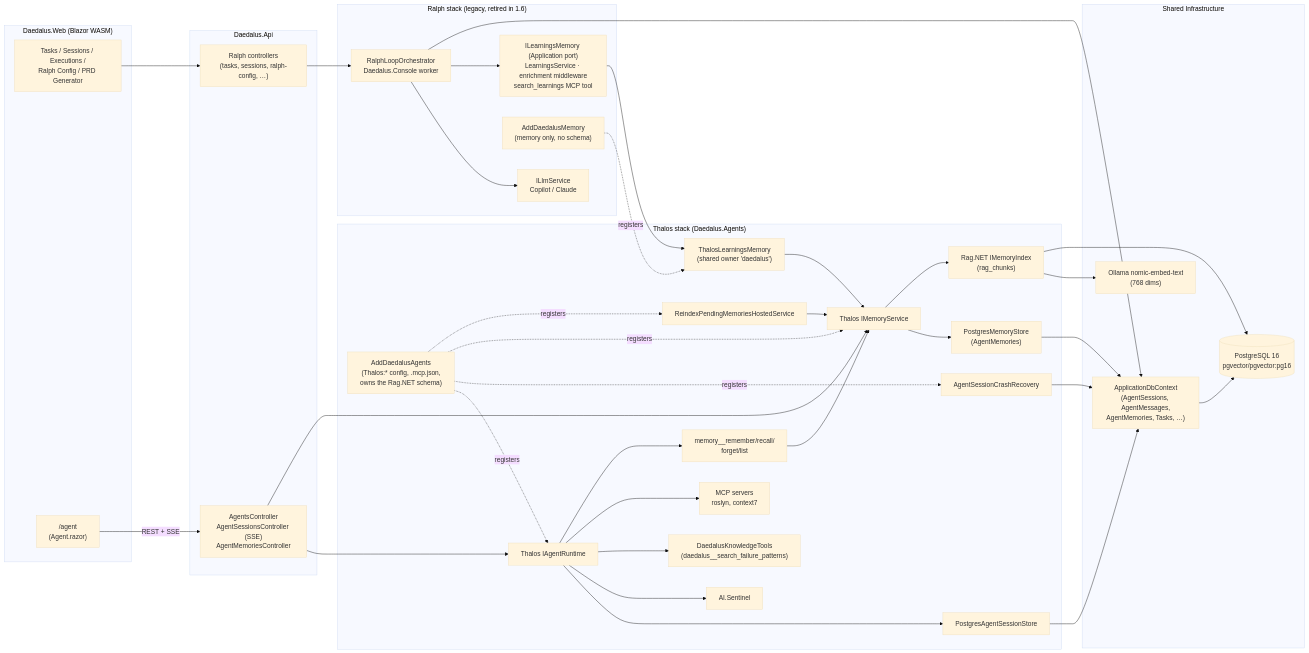
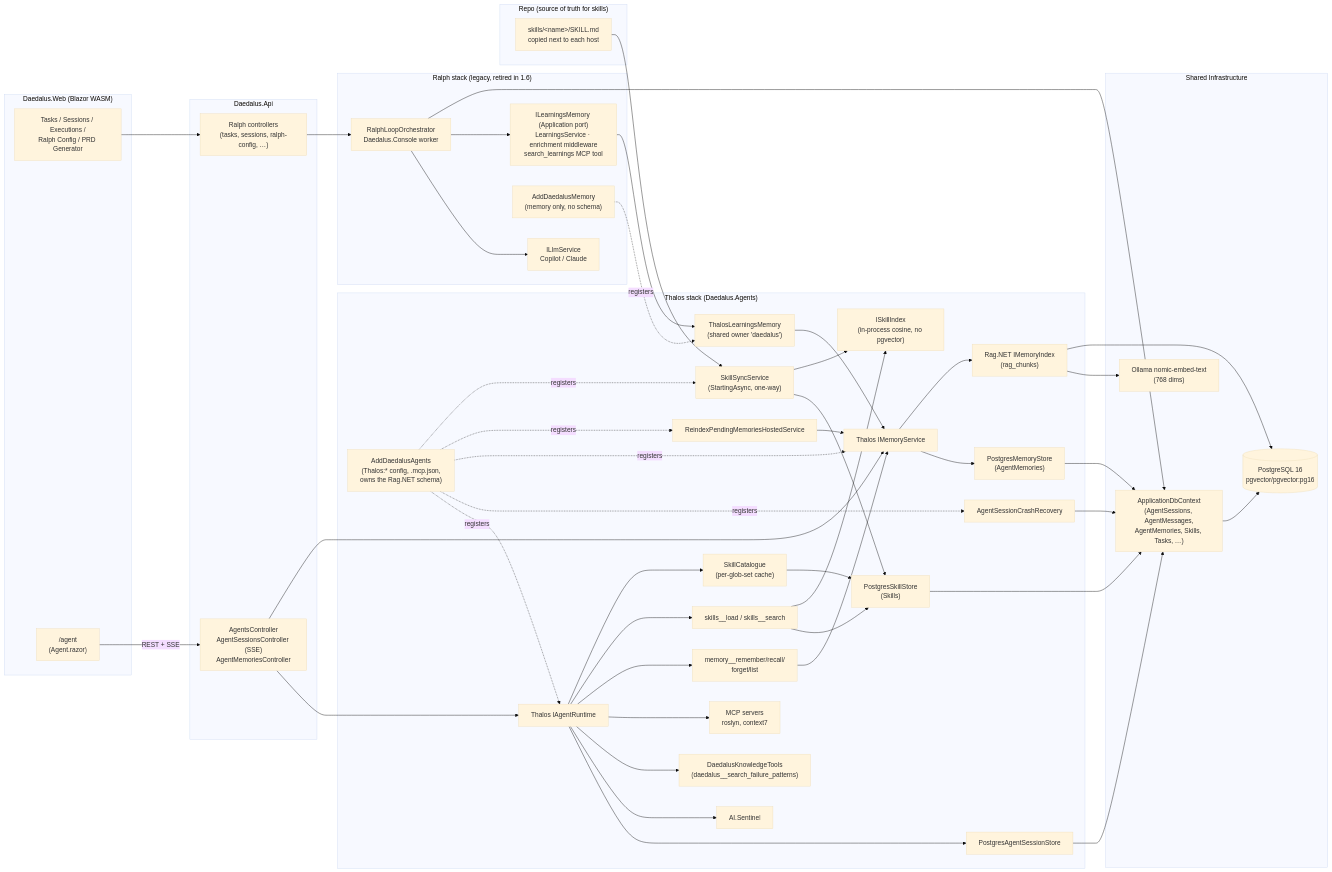
Diagram 18 of 18 in docs/architecture-diagrams.md (MarcelRoozekrans/Daedalus.NET), drawn with Mermaid (base theme) before and after one commit. The commit also changed other lines of this file, not shown here.

First line of the commit message:
docs(skills): diagram the catalogue, the load tool and the startup sync

```diff
--- a/docs/architecture-diagrams.md
+++ b/docs/architecture-diagrams.md
@@ -1167,18 +1200,27 @@
         SessionStore["PostgresAgentSessionStore"]
         Knowledge["DaedalusKnowledgeTools<br/>(daedalus__search_failure_patterns)"]
         MemTools["memory__remember/recall/<br/>forget/list"]
+        SklTools["skills__load / skills__search"]
         Recovery["AgentSessionCrashRecovery"]
         SentinelBox["AI.Sentinel"]
         Mcp["MCP servers<br/>roslyn, context7"]
         MemSvc["Thalos IMemoryService"]
         MemStore2["PostgresMemoryStore<br/>(AgentMemories)"]
         MemIndex["Rag.NET IMemoryIndex<br/>(rag_chunks)"]
+        SkillSync["SkillSyncService<br/>(StartingAsync, one-way)"]
+        SkillCat["SkillCatalogue<br/>(per-glob-set cache)"]
+        SkillStore2["PostgresSkillStore<br/>(Skills)"]
+        SkillIdx["ISkillIndex<br/>(in-process cosine, no pgvector)"]
         Adapter["ThalosLearningsMemory<br/>(shared owner 'daedalus')"]
         Reindex["ReindexPendingMemoriesHostedService"]
     end
 
+    subgraph "Repo (source of truth for skills)"
+        SkillFiles["skills/&lt;name&gt;/SKILL.md<br/>copied next to each host"]
+    end
+
     subgraph "Shared Infrastructure"
-        DbCtx["ApplicationDbContext<br/>(AgentSessions, AgentMessages,<br/>AgentMemories, Tasks, …)"]
+        DbCtx["ApplicationDbContext<br/>(AgentSessions, AgentMessages,<br/>AgentMemories, Skills, Tasks, …)"]
         Ollama["Ollama nomic-embed-text<br/>(768 dims)"]
         PG[("PostgreSQL 16<br/>pgvector/pgvector:pg16")]
     end
@@ -1196,12 +1238,21 @@
     Composition -.registers.-> Recovery
     Composition -.registers.-> MemSvc
     Composition -.registers.-> Reindex
+    Composition -.registers.-> SkillSync
     Runtime --> SessionStore
     Runtime --> SentinelBox
     Runtime --> Knowledge
     Runtime --> Mcp
     Runtime --> MemTools
+    Runtime --> SklTools
+    Runtime --> SkillCat
     MemTools --> MemSvc
+    SklTools --> SkillStore2
+    SklTools --> SkillIdx
+    SkillCat --> SkillStore2
+    SkillFiles --> SkillSync
+    SkillSync --> SkillStore2
+    SkillSync --> SkillIdx
     Adapter --> MemSvc
     MemSvc --> MemStore2
     MemSvc --> MemIndex
@@ -1210,6 +1261,7 @@
     MemIndex --> PG
     SessionStore --> DbCtx
     MemStore2 --> DbCtx
+    SkillStore2 --> DbCtx
     Recovery --> DbCtx
     Ralph --> DbCtx
     DbCtx --> PG
```
